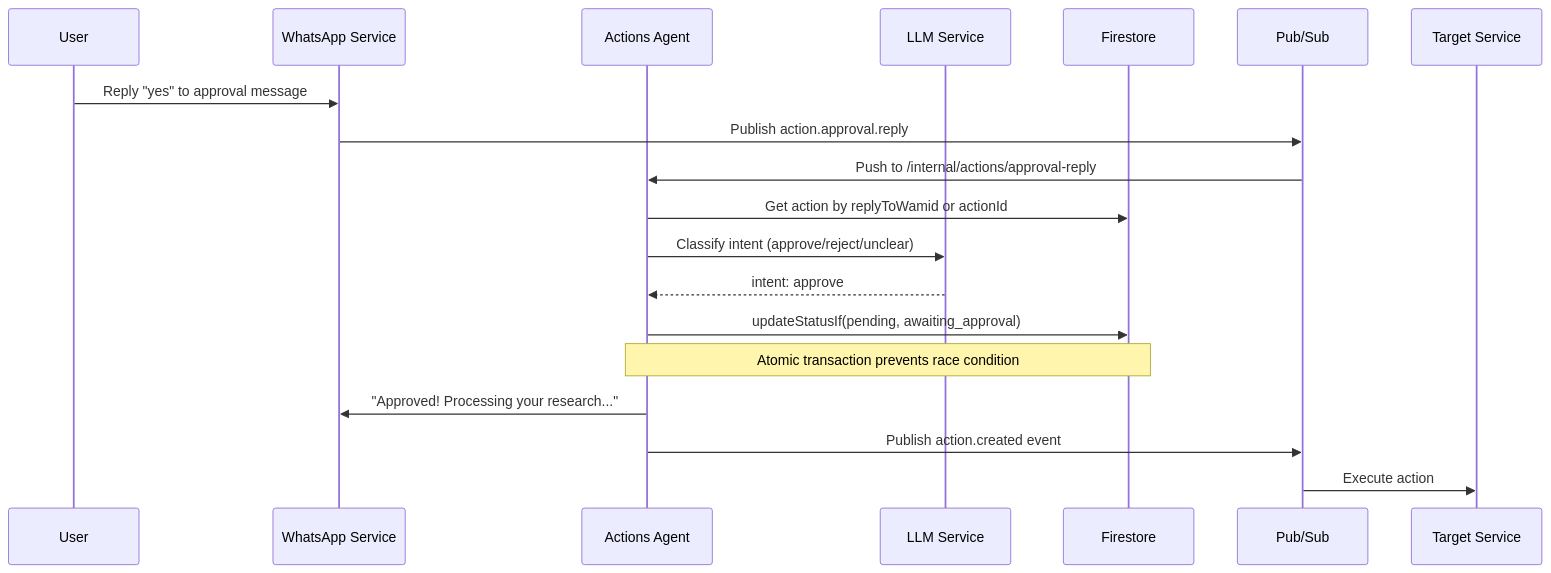
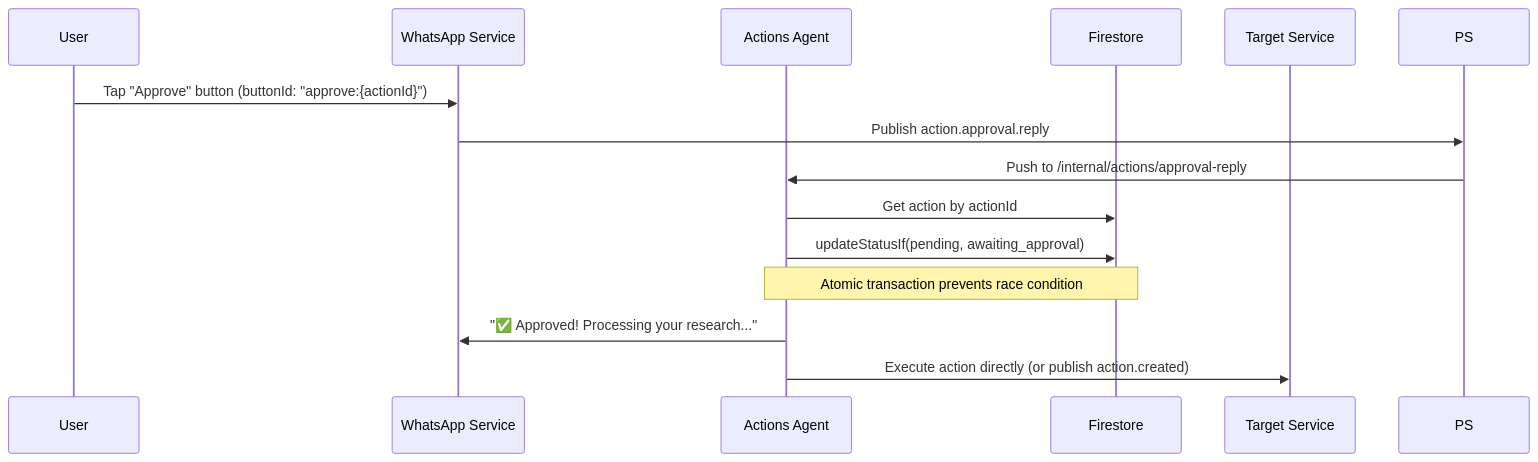
The third of 3 diagrams in docs/services/actions-agent/technical.md (pbuchman/intexuraos), drawn with Mermaid before and after one commit. The commit also changed other lines of this file and 147 other files, not shown here.

````diff
--- a/docs/services/actions-agent/technical.md
+++ b/docs/services/actions-agent/technical.md
@@ -99,22 +99,17 @@
 ```mermaid
 sequenceDiagram
     participant User
     participant WA as WhatsApp Service
     participant AA as Actions Agent
-    participant LLM as LLM Service
     participant FS as Firestore
-    participant PS as Pub/Sub
     participant Target as Target Service
 
-    User->>WA: Reply "yes" to approval message
+    User->>WA: Tap "Approve" button (buttonId: "approve:{actionId}")
     WA->>PS: Publish action.approval.reply
     PS->>AA: Push to /internal/actions/approval-reply
-    AA->>FS: Get action by replyToWamid or actionId
-    AA->>LLM: Classify intent (approve/reject/unclear)
-    LLM-->>AA: intent: approve
+    AA->>FS: Get action by actionId
     AA->>FS: updateStatusIf(pending, awaiting_approval)
     Note over AA,FS: Atomic transaction prevents race condition
-    AA->>WA: "Approved! Processing your research..."
-    AA->>PS: Publish action.created event
-    PS->>Target: Execute action
+    AA->>WA: "✅ Approved! Processing your research..."
+    AA->>Target: Execute action directly (or publish action.created)
 ```
````
